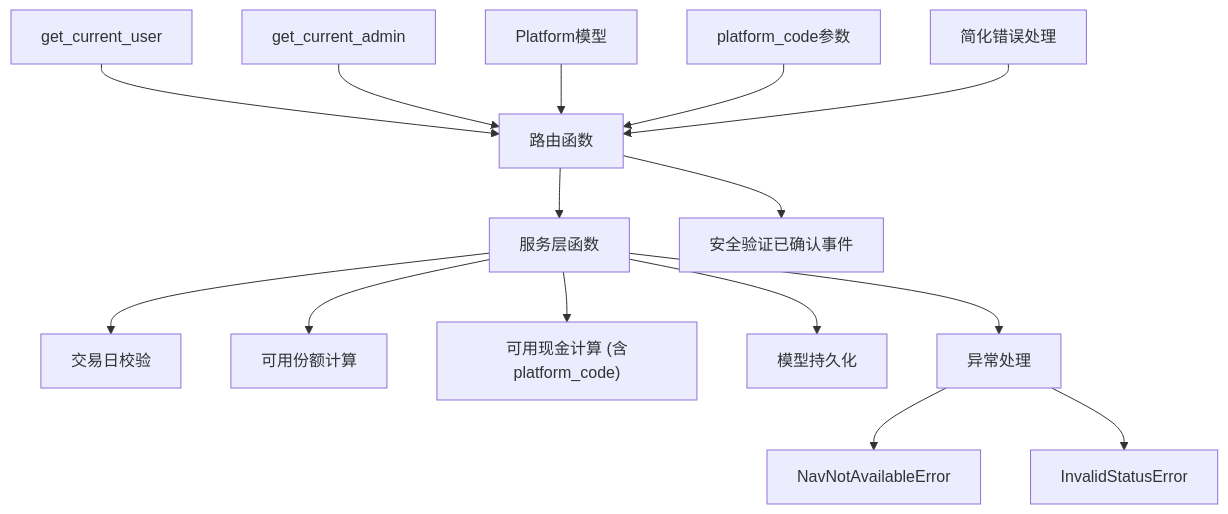
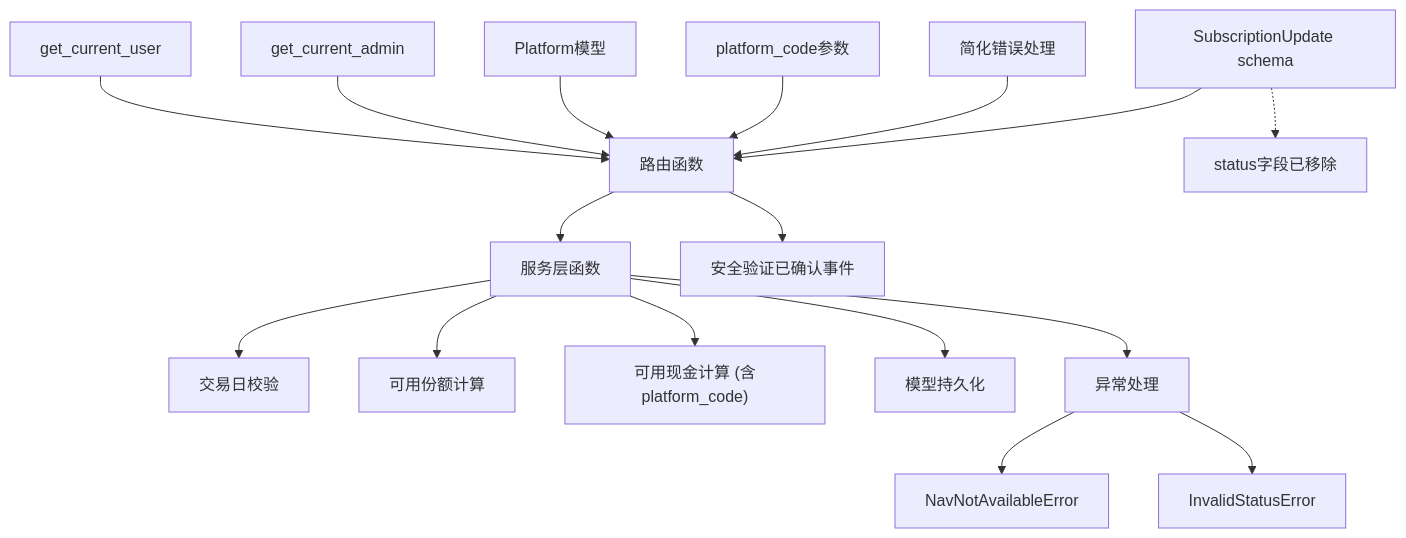
The ninth of 9 diagrams in .qoder/repowiki/zh/content/后端API文档/申购赎回API.md (gujialind/InvestRing), drawn with Mermaid before and after one commit. The commit also changed other lines of this file and 28 other files, not shown here.

````diff
--- a/.qoder/repowiki/zh/content/后端API文档/申购赎回API.md
+++ b/.qoder/repowiki/zh/content/后端API文档/申购赎回API.md
@@ -497,17 +542,19 @@
 ```mermaid
 graph TB
 U["get_current_user"] --> R["路由函数"]
 A["get_current_admin"] --> R
 R --> S["服务层函数"]
 S --> T["交易日校验"]
 S --> C1["可用份额计算"]
 S --> C2["可用现金计算 (含platform_code)"]
 S --> M["模型持久化"]
 S --> E["异常处理"]
 R --> V["安全验证已确认事件"]
 E --> N["NavNotAvailableError"]
 E --> I["InvalidStatusError"]
 P["Platform模型"] --> R
 PC["platform_code参数"] --> R
 Q["简化错误处理"] --> R
+SU["SubscriptionUpdate schema"] --> R
+SU -.-> Removed["status字段已移除"]
 ```
````
